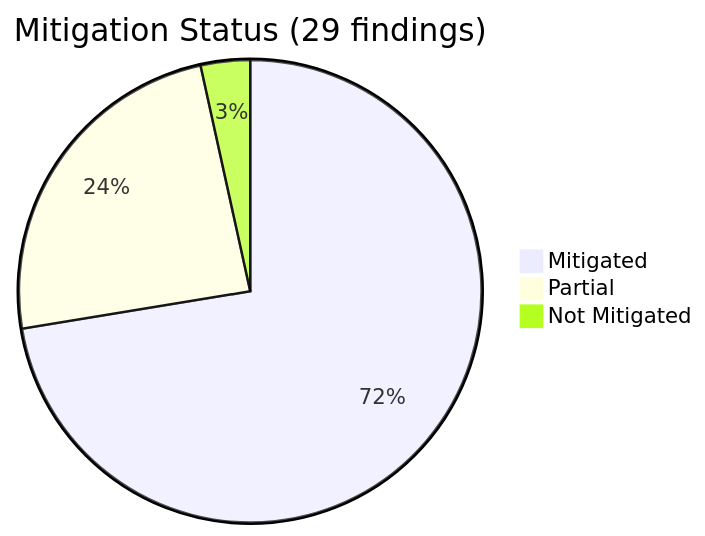
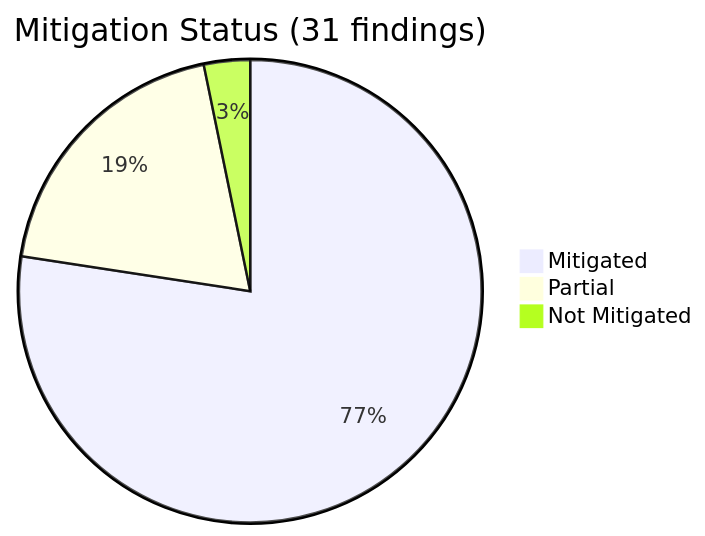
Before and after one commit to extensionchecker/extensionchecker-app: the third of 4 diagrams in docs/threatmodel/THREAT_MODEL.md, drawn with Mermaid. The commit also changed other lines of this file and 10 other files, not shown here.

````diff
--- a/docs/threatmodel/THREAT_MODEL.md
+++ b/docs/threatmodel/THREAT_MODEL.md
@@ -199,6 +201,6 @@
 ```mermaid
-pie title Mitigation Status (29 findings)
-    "Mitigated" : 21
-    "Partial" : 7
+pie title Mitigation Status (31 findings)
+    "Mitigated" : 24
+    "Partial" : 6
     "Not Mitigated" : 1
 ```
````
